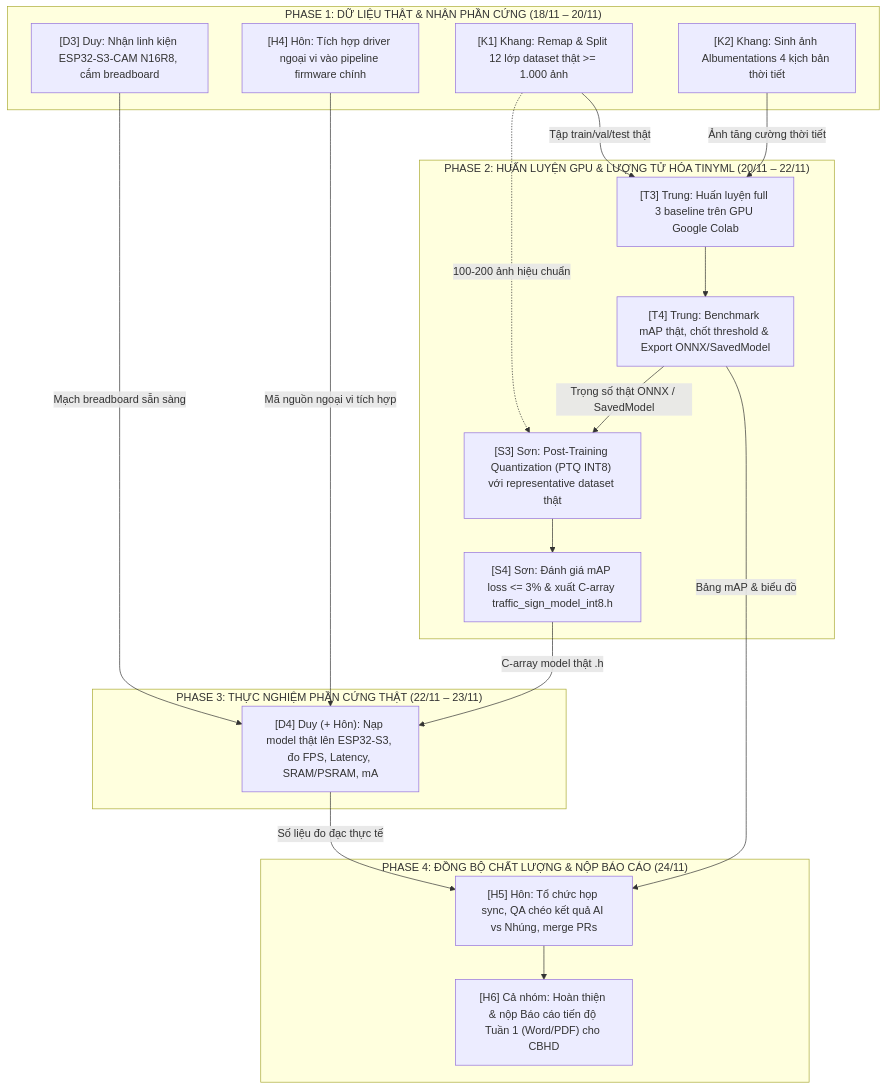
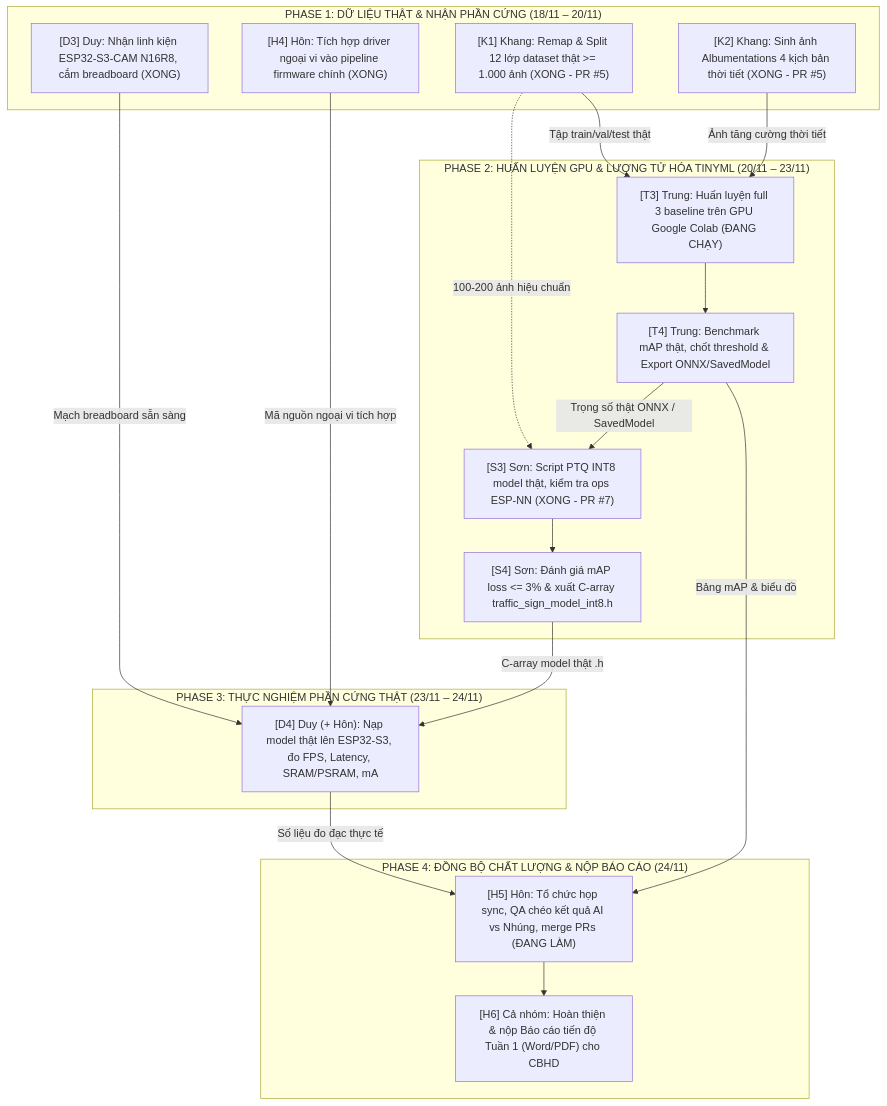
One commit to NDK2002/ce340-edgeai-traffic-sign-motorbike changed the first of 2 diagrams in Ke_Hoach_Thuc_Hien_Tuan_5.md. Above: the diagram before and after it, drawn with Mermaid. The commit also changed other lines of this file, not shown here.

Commit message:
docs(plan): cập nhật tiến độ thực tế ngày 24/11 cho Tuần 5

````diff
--- a/Ke_Hoach_Thuc_Hien_Tuan_5.md
+++ b/Ke_Hoach_Thuc_Hien_Tuan_5.md
@@ -18,38 +18,38 @@
 ```mermaid
 flowchart TD
     subgraph PHASE1["PHASE 1: DỮ LIỆU THẬT & NHẬN PHẦN CỨNG (18/11 – 20/11)"]
-        K1["[K1] Khang: Remap & Split 12 lớp dataset thật >= 1.000 ảnh"]
-        K2["[K2] Khang: Sinh ảnh Albumentations 4 kịch bản thời tiết"]
-        D3["[D3] Duy: Nhận linh kiện ESP32-S3-CAM N16R8, cắm breadboard"]
-        H4["[H4] Hôn: Tích hợp driver ngoại vi vào pipeline firmware chính"]
+        K1["[K1] Khang: Remap & Split 12 lớp dataset thật >= 1.000 ảnh (XONG - PR #5)"]
+        K2["[K2] Khang: Sinh ảnh Albumentations 4 kịch bản thời tiết (XONG - PR #5)"]
+        D3["[D3] Duy: Nhận linh kiện ESP32-S3-CAM N16R8, cắm breadboard (XONG)"]
+        H4["[H4] Hôn: Tích hợp driver ngoại vi vào pipeline firmware chính (XONG)"]
     end
 
-    subgraph PHASE2["PHASE 2: HUẤN LUYỆN GPU & LƯỢNG TỬ HÓA TINYML (20/11 – 22/11)"]
-        T3["[T3] Trung: Huấn luyện full 3 baseline trên GPU Google Colab"]
+    subgraph PHASE2["PHASE 2: HUẤN LUYỆN GPU & LƯỢNG TỬ HÓA TINYML (20/11 – 23/11)"]
+        T3["[T3] Trung: Huấn luyện full 3 baseline trên GPU Google Colab (ĐANG CHẠY)"]
         T4["[T4] Trung: Benchmark mAP thật, chốt threshold & Export ONNX/SavedModel"]
-        S3["[S3] Sơn: Post-Training Quantization (PTQ INT8) với representative dataset thật"]
+        S3["[S3] Sơn: Script PTQ INT8 model thật, kiểm tra ops ESP-NN (XONG - PR #7)"]
         S4["[S4] Sơn: Đánh giá mAP loss <= 3% & xuất C-array traffic_sign_model_int8.h"]
     end
 
-    subgraph PHASE3["PHASE 3: THỰC NGHIỆM PHẦN CỨNG THẬT (22/11 – 23/11)"]
+    subgraph PHASE3["PHASE 3: THỰC NGHIỆM PHẦN CỨNG THẬT (23/11 – 24/11)"]
         D4["[D4] Duy (+ Hôn): Nạp model thật lên ESP32-S3, đo FPS, Latency, SRAM/PSRAM, mA"]
     end
 
     subgraph PHASE4["PHASE 4: ĐỒNG BỘ CHẤT LƯỢNG & NỘP BÁO CÁO (24/11)"]
-        H5["[H5] Hôn: Tổ chức họp sync, QA chéo kết quả AI vs Nhúng, merge PRs"]
+        H5["[H5] Hôn: Tổ chức họp sync, QA chéo kết quả AI vs Nhúng, merge PRs (ĐANG LÀM)"]
         H6["[H6] Cả nhóm: Hoàn thiện & nộp Báo cáo tiến độ Tuần 1 (Word/PDF) cho CBHD"]
     end
 
     K1 -->|Tập train/val/test thật| T3
     K2 -->|Ảnh tăng cường thời tiết| T3
     K1 -.->|100-200 ảnh hiệu chuẩn| S3
     D3 -->|Mạch breadboard sẵn sàng| D4
     H4 -->|Mã nguồn ngoại vi tích hợp| D4
     T3 --> T4
     T4 -->|Trọng số thật ONNX / SavedModel| S3
     S3 --> S4
     S4 -->|C-array model thật .h| D4
     D4 -->|Số liệu đo đạc thực tế| H5
     T4 -->|Bảng mAP & biểu đồ| H5
     H5 --> H6
 ```
````
